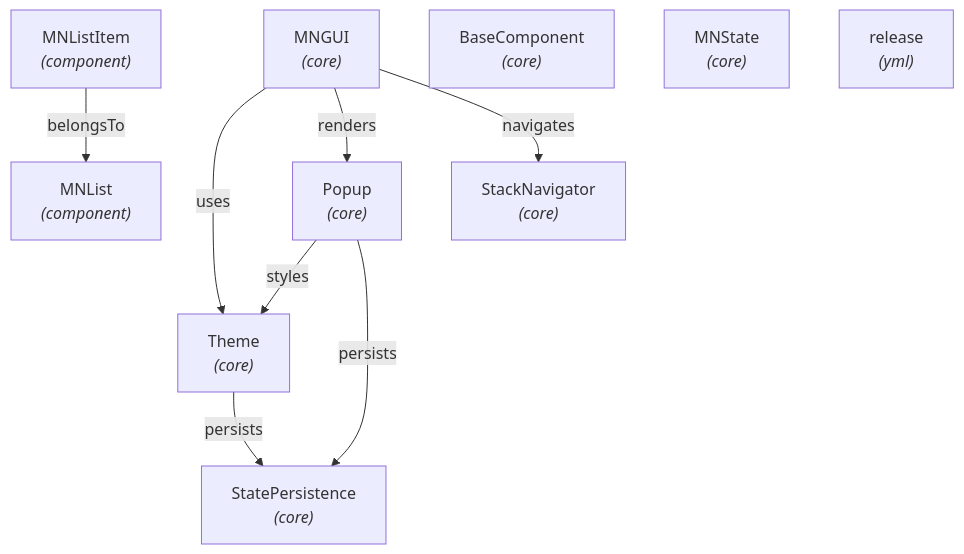
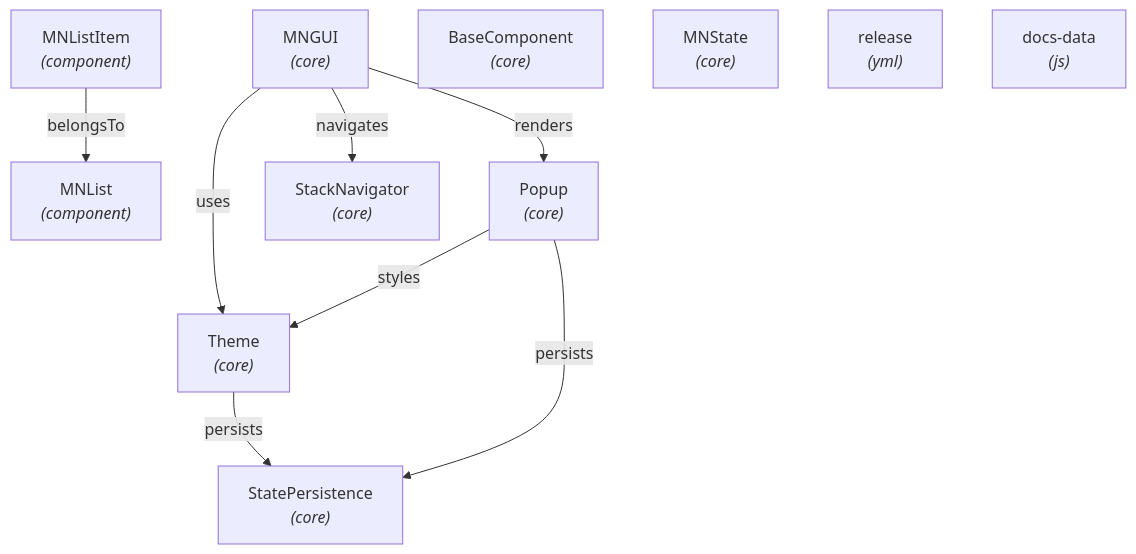
Before and after one commit to nghiapdpers/mn-gui: the diagram in NEURAL_MAP.md, drawn with Mermaid. The commit also changed 8 other files, not shown here.

````diff
--- a/NEURAL_MAP.md
+++ b/NEURAL_MAP.md
@@ -6,20 +6,21 @@
 ```mermaid
 graph TD;
   MNList["MNList<br/><i>(component)</i>"]
   MNListItem["MNListItem<br/><i>(component)</i>"]
   MNGUI["MNGUI<br/><i>(core)</i>"]
   Theme["Theme<br/><i>(core)</i>"]
   Popup["Popup<br/><i>(core)</i>"]
   StatePersistence["StatePersistence<br/><i>(core)</i>"]
   BaseComponent["BaseComponent<br/><i>(core)</i>"]
   MNState["MNState<br/><i>(core)</i>"]
   StackNavigator["StackNavigator<br/><i>(core)</i>"]
   release["release<br/><i>(yml)</i>"]
+  docs_data["docs-data<br/><i>(js)</i>"]
   MNListItem -->|belongsTo| MNList
   MNGUI -->|uses| Theme
   MNGUI -->|renders| Popup
   MNGUI -->|navigates| StackNavigator
+  Theme -->|persists| StatePersistence
   Popup -->|styles| Theme
   Popup -->|persists| StatePersistence
-  Theme -->|persists| StatePersistence
 ```
````
